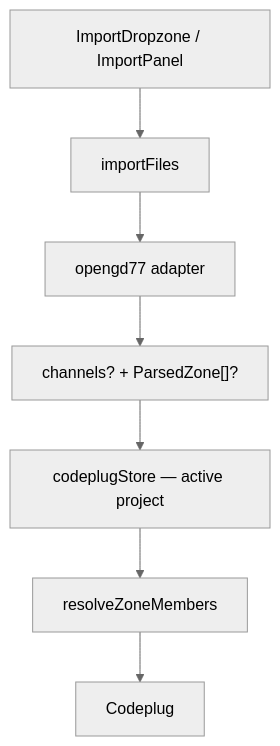
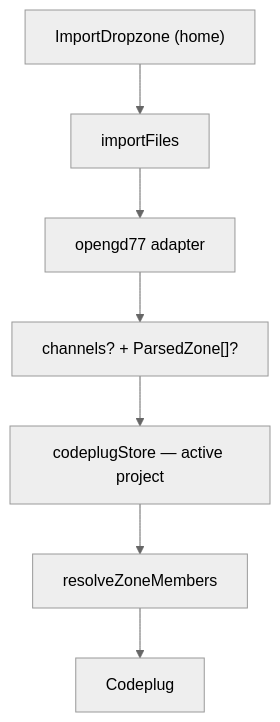
The diagram in docs/features/import/README.md (pskillen/codeplug-tool), drawn with Mermaid (neutral theme) before and after one commit. The commit also changed other lines of this file and 9 other files, not shown here.

````diff
--- a/docs/features/import/README.md
+++ b/docs/features/import/README.md
@@ -36,9 +36,9 @@
 ```mermaid
 flowchart TD
-  UI["ImportDropzone / ImportPanel"] --> importFiles
+  UI["ImportDropzone (home)"] --> importFiles
   importFiles --> Adapter["opengd77 adapter"]
   Adapter --> Raw["channels? + ParsedZone[]?"]
   Raw --> Store["codeplugStore — active project"]
   Store --> Resolve["resolveZoneMembers"]
   Resolve --> Codeplug["Codeplug"]
 ```
````
